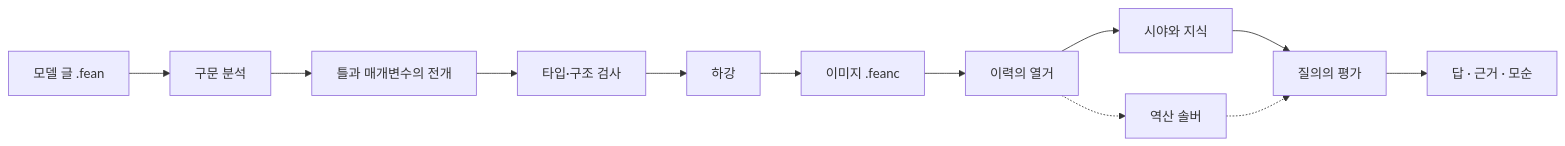
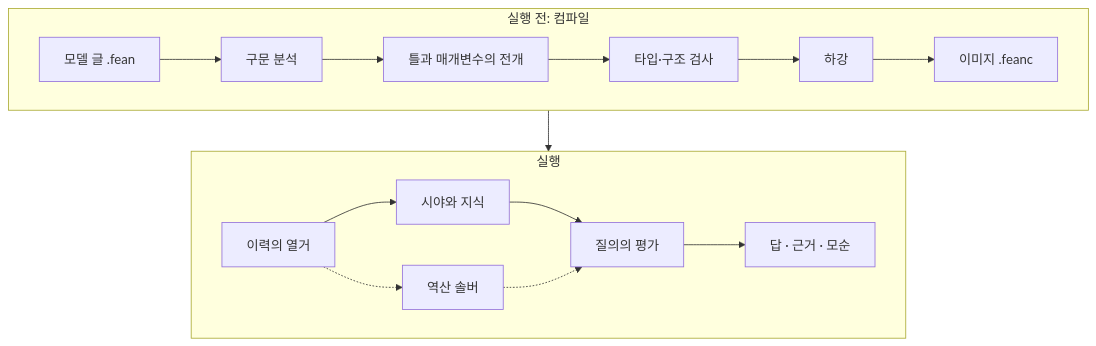
The diagram in README.md (jemsi7/fean), drawn with Mermaid before and after one commit. The commit also changed other lines of this file and 5 other files, not shown here.

````diff
--- a/README.md
+++ b/README.md
@@ -171,14 +171,13 @@
 ```mermaid
-flowchart LR
-    A["모델 글 .fean"] --> B["구문 분석"]
-    B --> C["틀과 매개변수의 전개"]
-    C --> D["타입·구조 검사"]
-    D --> E["하강"]
-    E --> F["이미지 .feanc"]
-    F --> G["이력의 열거"]
-    G --> H["시야와 지식"]
-    H --> I["질의의 평가"]
-    I --> J["답 · 근거 · 모순"]
-    G -.-> K["역산 솔버"]
-    K -.-> I
+flowchart TB
+    subgraph compile["실행 전: 컴파일"]
+        direction LR
+        A["모델 글 .fean"] --> B["구문 분석"] --> C["틀과 매개변수의 전개"] --> D["타입·구조 검사"] --> E["하강"] --> F["이미지 .feanc"]
+    end
+    subgraph run["실행"]
+        direction LR
+        G["이력의 열거"] --> H["시야와 지식"] --> I["질의의 평가"] --> J["답 · 근거 · 모순"]
+        G -.-> K["역산 솔버"] -.-> I
+    end
+    compile --> run
 ```
````
